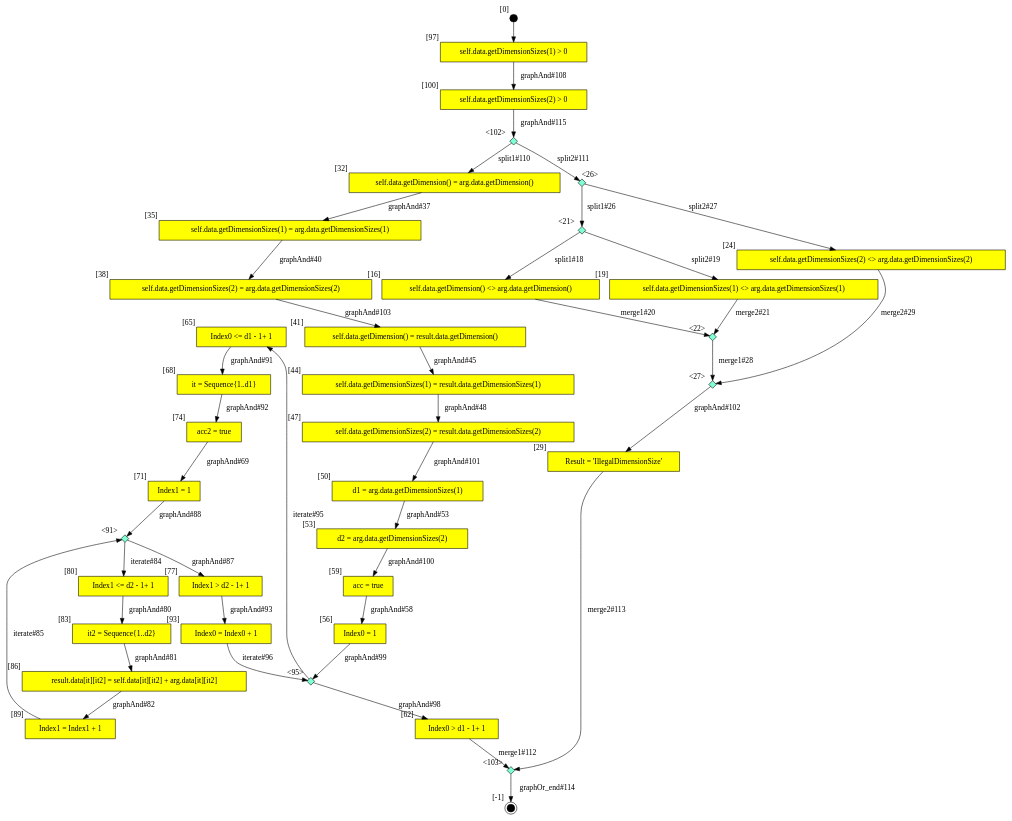
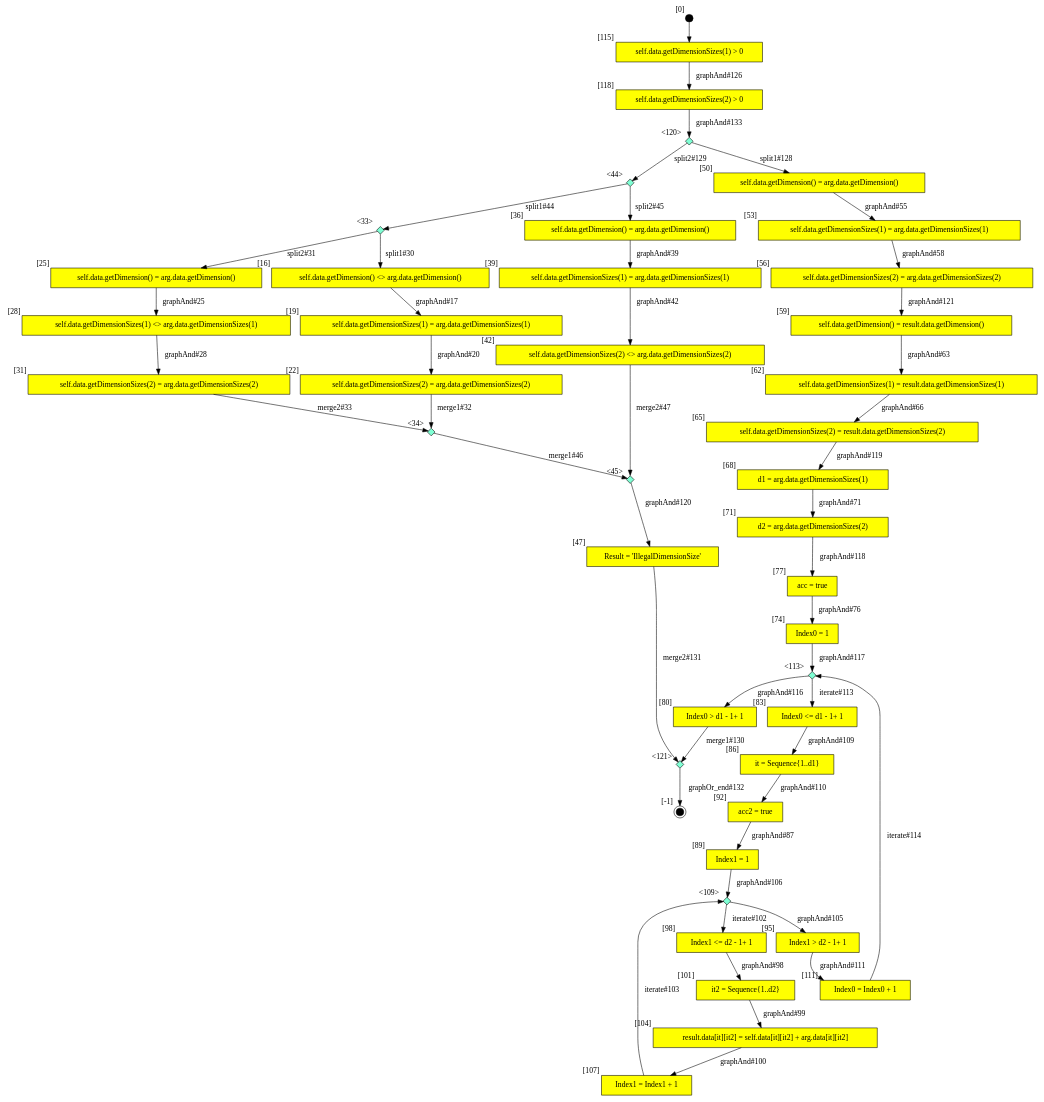
Before and after one commit to SamHseih/ocl-testcase-generator: the diagram in output/CLG/TwoDimVarArray/DynamicFixedsizeArrays_TwoDimVarArray_add_DCC.dot, drawn with Graphviz. The commit also changed 642 other files, not shown here.

```diff
--- a/output/CLG/TwoDimVarArray/DynamicFixedsizeArrays_TwoDimVarArray_add_DCC.dot
+++ b/output/CLG/TwoDimVarArray/DynamicFixedsizeArrays_TwoDimVarArray_add_DCC.dot
@@ -1,80 +1,92 @@
 digraph CLG {
-  65 [shape="box", label="Index0 <= d1 - 1+ 1", style=filled, fillcolor=yellow, xlabel="[65]"];
-  68 [shape="box", label="it = Sequence{1..d1}", style=filled, fillcolor=yellow, xlabel="[68]"];
-  71 [shape="box", label="Index1 = 1", style=filled, fillcolor=yellow, xlabel="[71]"];
-  74 [shape="box", label="acc2 = true", style=filled, fillcolor=yellow, xlabel="[74]"];
-  77 [shape="box", label="Index1 > d2 - 1+ 1", style=filled, fillcolor=yellow, xlabel="[77]"];
-  80 [shape="box", label="Index1 <= d2 - 1+ 1", style=filled, fillcolor=yellow, xlabel="[80]"];
+  65 [shape="box", label="self.data.getDimensionSizes(2) = result.data.getDimensionSizes(2)", style=filled, fillcolor=yellow, xlabel="[65]"];
+  68 [shape="box", label="d1 = arg.data.getDimensionSizes(1)", style=filled, fillcolor=yellow, xlabel="[68]"];
+  71 [shape="box", label="d2 = arg.data.getDimensionSizes(2)", style=filled, fillcolor=yellow, xlabel="[71]"];
+  74 [shape="box", label="Index0 = 1", style=filled, fillcolor=yellow, xlabel="[74]"];
+  77 [shape="box", label="acc = true", style=filled, fillcolor=yellow, xlabel="[77]"];
+  80 [shape="box", label="Index0 > d1 - 1+ 1", style=filled, fillcolor=yellow, xlabel="[80]"];
   16 [shape="box", label="self.data.getDimension() <> arg.data.getDimension()", style=filled, fillcolor=yellow, xlabel="[16]"];
-  83 [shape="box", label="it2 = Sequence{1..d2}", style=filled, fillcolor=yellow, xlabel="[83]"];
-  19 [shape="box", label="self.data.getDimensionSizes(1) <> arg.data.getDimensionSizes(1)", style=filled, fillcolor=yellow, xlabel="[19]"];
-  21 [shape="diamond", label="", xlabel="<21>", style=filled, fillcolor=aquamarine, fixedsize=true, width=.2, height=.2];
-  86 [shape="box", label="result.data[it][it2] = self.data[it][it2] + arg.data[it][it2]", style=filled, fillcolor=yellow, xlabel="[86]"];
-  22 [shape="diamond", label="", xlabel="<22>", style=filled, fillcolor=aquamarine, fixedsize=true, width=.2, height=.2];
-  24 [shape="box", label="self.data.getDimensionSizes(2) <> arg.data.getDimensionSizes(2)", style=filled, fillcolor=yellow, xlabel="[24]"];
-  89 [shape="box", label="Index1 = Index1 + 1", style=filled, fillcolor=yellow, xlabel="[89]"];
-  26 [shape="diamond", label="", xlabel="<26>", style=filled, fillcolor=aquamarine, fixedsize=true, width=.2, height=.2];
-  91 [shape="diamond", label="", xlabel="<91>", style=filled, fillcolor=aquamarine, fixedsize=true, width=.2, height=.2];
-  27 [shape="diamond", label="", xlabel="<27>", style=filled, fillcolor=aquamarine, fixedsize=true, width=.2, height=.2];
-  93 [shape="box", label="Index0 = Index0 + 1", style=filled, fillcolor=yellow, xlabel="[93]"];
-  29 [shape="box", label="Result = 'IllegalDimensionSize'", style=filled, fillcolor=yellow, xlabel="[29]"];
-  30 [style=filled, fillcolor=black, shape="doublecircle", label="", fixedsize=true, width=.2, height=.2, xlabel="[-1]"];
-  95 [shape="diamond", label="", xlabel="<95>", style=filled, fillcolor=aquamarine, fixedsize=true, width=.2, height=.2];
-  96 [style=filled, fillcolor=black, shape="circle", label="", fixedsize=true, width=.2, height=.2, xlabel="[0]"];
-  32 [shape="box", label="self.data.getDimension() = arg.data.getDimension()", style=filled, fillcolor=yellow, xlabel="[32]"];
-  97 [shape="box", label="self.data.getDimensionSizes(1) > 0", style=filled, fillcolor=yellow, xlabel="[97]"];
-  35 [shape="box", label="self.data.getDimensionSizes(1) = arg.data.getDimensionSizes(1)", style=filled, fillcolor=yellow, xlabel="[35]"];
-  100 [shape="box", label="self.data.getDimensionSizes(2) > 0", style=filled, fillcolor=yellow, xlabel="[100]"];
-  38 [shape="box", label="self.data.getDimensionSizes(2) = arg.data.getDimensionSizes(2)", style=filled, fillcolor=yellow, xlabel="[38]"];
-  102 [shape="diamond", label="", xlabel="<102>", style=filled, fillcolor=aquamarine, fixedsize=true, width=.2, height=.2];
-  103 [shape="diamond", label="", xlabel="<103>", style=filled, fillcolor=aquamarine, fixedsize=true, width=.2, height=.2];
-  41 [shape="box", label="self.data.getDimension() = result.data.getDimension()", style=filled, fillcolor=yellow, xlabel="[41]"];
-  44 [shape="box", label="self.data.getDimensionSizes(1) = result.data.getDimensionSizes(1)", style=filled, fillcolor=yellow, xlabel="[44]"];
-  47 [shape="box", label="self.data.getDimensionSizes(2) = result.data.getDimensionSizes(2)", style=filled, fillcolor=yellow, xlabel="[47]"];
-  50 [shape="box", label="d1 = arg.data.getDimensionSizes(1)", style=filled, fillcolor=yellow, xlabel="[50]"];
-  53 [shape="box", label="d2 = arg.data.getDimensionSizes(2)", style=filled, fillcolor=yellow, xlabel="[53]"];
-  56 [shape="box", label="Index0 = 1", style=filled, fillcolor=yellow, xlabel="[56]"];
-  59 [shape="box", label="acc = true", style=filled, fillcolor=yellow, xlabel="[59]"];
-  62 [shape="box", label="Index0 > d1 - 1+ 1", style=filled, fillcolor=yellow, xlabel="[62]"];
-  74 -> 71[label="graphAnd#69"];
-  80 -> 83[label="graphAnd#80"];
-  83 -> 86[label="graphAnd#81"];
-  86 -> 89[label="graphAnd#82"];
-  21 -> 16[label="split1#18"];
-  21 -> 19[label="split2#19"];
-  91 -> 80[label="iterate#84"];
-  16 -> 22[label="merge1#20"];
-  89 -> 91[label="iterate#85"];
-  19 -> 22[label="merge2#21"];
-  91 -> 77[label="graphAnd#87"];
-  71 -> 91[label="graphAnd#88"];
-  26 -> 21[label="split1#26"];
-  65 -> 68[label="graphAnd#91"];
-  26 -> 24[label="split2#27"];
-  68 -> 74[label="graphAnd#92"];
-  22 -> 27[label="merge1#28"];
-  77 -> 93[label="graphAnd#93"];
-  24 -> 27[label="merge2#29"];
-  95 -> 65[label="iterate#95"];
-  93 -> 95[label="iterate#96"];
-  95 -> 62[label="graphAnd#98"];
-  56 -> 95[label="graphAnd#99"];
-  53 -> 59[label="graphAnd#100"];
-  47 -> 50[label="graphAnd#101"];
-  32 -> 35[label="graphAnd#37"];
-  27 -> 29[label="graphAnd#102"];
-  38 -> 41[label="graphAnd#103"];
-  96 -> 97;
-  35 -> 38[label="graphAnd#40"];
-  97 -> 100[label="graphAnd#108"];
-  41 -> 44[label="graphAnd#45"];
-  102 -> 32[label="split1#110"];
-  102 -> 26[label="split2#111"];
-  44 -> 47[label="graphAnd#48"];
-  62 -> 103[label="merge1#112"];
-  29 -> 103[label="merge2#113"];
-  103 -> 30[label="graphOr_end#114"];
-  100 -> 102[label="graphAnd#115"];
-  50 -> 53[label="graphAnd#53"];
-  59 -> 56[label="graphAnd#58"];
+  83 [shape="box", label="Index0 <= d1 - 1+ 1", style=filled, fillcolor=yellow, xlabel="[83]"];
+  19 [shape="box", label="self.data.getDimensionSizes(1) = arg.data.getDimensionSizes(1)", style=filled, fillcolor=yellow, xlabel="[19]"];
+  86 [shape="box", label="it = Sequence{1..d1}", style=filled, fillcolor=yellow, xlabel="[86]"];
+  22 [shape="box", label="self.data.getDimensionSizes(2) = arg.data.getDimensionSizes(2)", style=filled, fillcolor=yellow, xlabel="[22]"];
+  89 [shape="box", label="Index1 = 1", style=filled, fillcolor=yellow, xlabel="[89]"];
+  25 [shape="box", label="self.data.getDimension() = arg.data.getDimension()", style=filled, fillcolor=yellow, xlabel="[25]"];
+  92 [shape="box", label="acc2 = true", style=filled, fillcolor=yellow, xlabel="[92]"];
+  28 [shape="box", label="self.data.getDimensionSizes(1) <> arg.data.getDimensionSizes(1)", style=filled, fillcolor=yellow, xlabel="[28]"];
+  95 [shape="box", label="Index1 > d2 - 1+ 1", style=filled, fillcolor=yellow, xlabel="[95]"];
+  31 [shape="box", label="self.data.getDimensionSizes(2) = arg.data.getDimensionSizes(2)", style=filled, fillcolor=yellow, xlabel="[31]"];
+  33 [shape="diamond", label="", xlabel="<33>", style=filled, fillcolor=aquamarine, fixedsize=true, width=.2, height=.2];
+  98 [shape="box", label="Index1 <= d2 - 1+ 1", style=filled, fillcolor=yellow, xlabel="[98]"];
+  34 [shape="diamond", label="", xlabel="<34>", style=filled, fillcolor=aquamarine, fixedsize=true, width=.2, height=.2];
+  36 [shape="box", label="self.data.getDimension() = arg.data.getDimension()", style=filled, fillcolor=yellow, xlabel="[36]"];
+  101 [shape="box", label="it2 = Sequence{1..d2}", style=filled, fillcolor=yellow, xlabel="[101]"];
+  39 [shape="box", label="self.data.getDimensionSizes(1) = arg.data.getDimensionSizes(1)", style=filled, fillcolor=yellow, xlabel="[39]"];
+  104 [shape="box", label="result.data[it][it2] = self.data[it][it2] + arg.data[it][it2]", style=filled, fillcolor=yellow, xlabel="[104]"];
+  42 [shape="box", label="self.data.getDimensionSizes(2) <> arg.data.getDimensionSizes(2)", style=filled, fillcolor=yellow, xlabel="[42]"];
+  107 [shape="box", label="Index1 = Index1 + 1", style=filled, fillcolor=yellow, xlabel="[107]"];
+  44 [shape="diamond", label="", xlabel="<44>", style=filled, fillcolor=aquamarine, fixedsize=true, width=.2, height=.2];
+  109 [shape="diamond", label="", xlabel="<109>", style=filled, fillcolor=aquamarine, fixedsize=true, width=.2, height=.2];
+  45 [shape="diamond", label="", xlabel="<45>", style=filled, fillcolor=aquamarine, fixedsize=true, width=.2, height=.2];
+  111 [shape="box", label="Index0 = Index0 + 1", style=filled, fillcolor=yellow, xlabel="[111]"];
+  47 [shape="box", label="Result = 'IllegalDimensionSize'", style=filled, fillcolor=yellow, xlabel="[47]"];
+  48 [style=filled, fillcolor=black, shape="doublecircle", label="", fixedsize=true, width=.2, height=.2, xlabel="[-1]"];
+  113 [shape="diamond", label="", xlabel="<113>", style=filled, fillcolor=aquamarine, fixedsize=true, width=.2, height=.2];
+  114 [style=filled, fillcolor=black, shape="circle", label="", fixedsize=true, width=.2, height=.2, xlabel="[0]"];
+  50 [shape="box", label="self.data.getDimension() = arg.data.getDimension()", style=filled, fillcolor=yellow, xlabel="[50]"];
+  115 [shape="box", label="self.data.getDimensionSizes(1) > 0", style=filled, fillcolor=yellow, xlabel="[115]"];
+  53 [shape="box", label="self.data.getDimensionSizes(1) = arg.data.getDimensionSizes(1)", style=filled, fillcolor=yellow, xlabel="[53]"];
+  118 [shape="box", label="self.data.getDimensionSizes(2) > 0", style=filled, fillcolor=yellow, xlabel="[118]"];
+  56 [shape="box", label="self.data.getDimensionSizes(2) = arg.data.getDimensionSizes(2)", style=filled, fillcolor=yellow, xlabel="[56]"];
+  120 [shape="diamond", label="", xlabel="<120>", style=filled, fillcolor=aquamarine, fixedsize=true, width=.2, height=.2];
+  121 [shape="diamond", label="", xlabel="<121>", style=filled, fillcolor=aquamarine, fixedsize=true, width=.2, height=.2];
+  59 [shape="box", label="self.data.getDimension() = result.data.getDimension()", style=filled, fillcolor=yellow, xlabel="[59]"];
+  62 [shape="box", label="self.data.getDimensionSizes(1) = result.data.getDimensionSizes(1)", style=filled, fillcolor=yellow, xlabel="[62]"];
+  120 -> 50[label="split1#128"];
+  120 -> 44[label="split2#129"];
+  80 -> 121[label="merge1#130"];
+  62 -> 65[label="graphAnd#66"];
+  47 -> 121[label="merge2#131"];
+  121 -> 48[label="graphOr_end#132"];
+  118 -> 120[label="graphAnd#133"];
+  68 -> 71[label="graphAnd#71"];
+  77 -> 74[label="graphAnd#76"];
+  16 -> 19[label="graphAnd#17"];
+  19 -> 22[label="graphAnd#20"];
+  92 -> 89[label="graphAnd#87"];
+  25 -> 28[label="graphAnd#25"];
+  28 -> 31[label="graphAnd#28"];
+  33 -> 16[label="split1#30"];
+  33 -> 25[label="split2#31"];
+  22 -> 34[label="merge1#32"];
+  31 -> 34[label="merge2#33"];
+  98 -> 101[label="graphAnd#98"];
+  101 -> 104[label="graphAnd#99"];
+  104 -> 107[label="graphAnd#100"];
+  109 -> 98[label="iterate#102"];
+  107 -> 109[label="iterate#103"];
+  36 -> 39[label="graphAnd#39"];
+  109 -> 95[label="graphAnd#105"];
+  89 -> 109[label="graphAnd#106"];
+  39 -> 42[label="graphAnd#42"];
+  44 -> 33[label="split1#44"];
+  83 -> 86[label="graphAnd#109"];
+  44 -> 36[label="split2#45"];
+  86 -> 92[label="graphAnd#110"];
+  34 -> 45[label="merge1#46"];
+  95 -> 111[label="graphAnd#111"];
+  42 -> 45[label="merge2#47"];
+  113 -> 83[label="iterate#113"];
+  111 -> 113[label="iterate#114"];
+  113 -> 80[label="graphAnd#116"];
+  74 -> 113[label="graphAnd#117"];
+  71 -> 77[label="graphAnd#118"];
+  50 -> 53[label="graphAnd#55"];
+  65 -> 68[label="graphAnd#119"];
+  45 -> 47[label="graphAnd#120"];
+  56 -> 59[label="graphAnd#121"];
+  114 -> 115;
+  53 -> 56[label="graphAnd#58"];
+  115 -> 118[label="graphAnd#126"];
+  59 -> 62[label="graphAnd#63"];
 }
```
